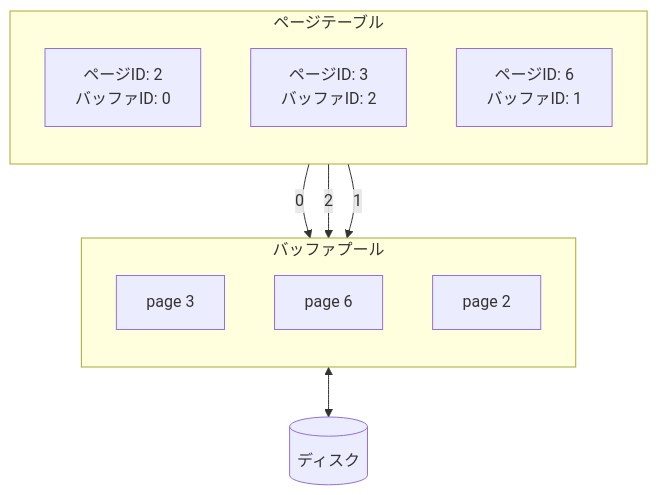
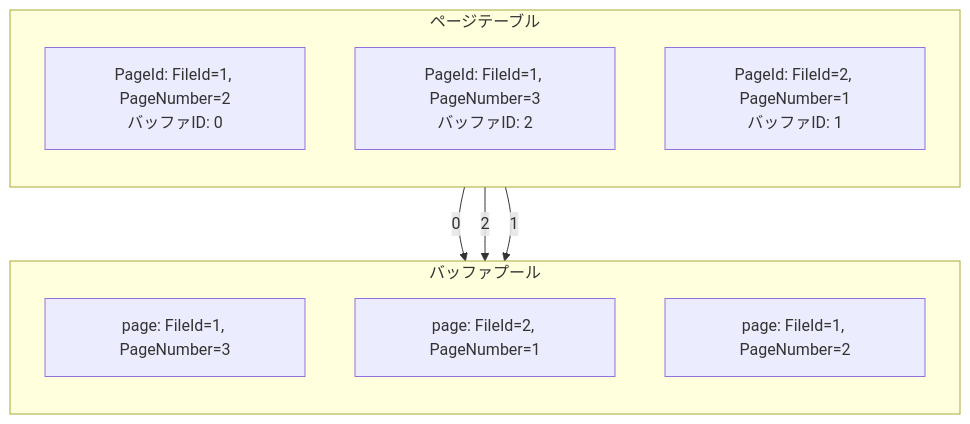
Before and after one commit to ren-yamanashi/minesql: the first of 2 diagrams in docs/architecture/bufferpool.md, drawn with Mermaid. The commit also changed other lines of this file and 66 other files, not shown here.

````diff
--- a/docs/architecture/bufferpool.md
+++ b/docs/architecture/bufferpool.md
@@ -17,24 +23,20 @@
 ```mermaid
 graph TD
   subgraph pageTable[ページテーブル]
     direction TB
-    PT1[ページID: 2<br>バッファID: 0]
-    PT2[ページID: 3<br>バッファID: 2]
-    PT3[ページID: 6<br>バッファID: 1]
+    PT1[PageId: FileId=1, PageNumber=2<br>バッファID: 0]
+    PT2[PageId: FileId=1, PageNumber=3<br>バッファID: 2]
+    PT3[PageId: FileId=2, PageNumber=1<br>バッファID: 1]
     end
 
   subgraph bufferPool[バッファプール]
     direction TB
-    P1[page 3]
-    P2[page 6]
-    P3[page 2]
+    P1[page: FileId=1, PageNumber=3]
+    P2[page: FileId=2, PageNumber=1]
+    P3[page: FileId=1, PageNumber=2]
   end
 
   PT2 --0--> P1
   PT1 --2--> P3
   PT3 --1--> P2
-
-  disk[(ディスク)]
-  
-  bufferPool <--> disk
 ```
````
